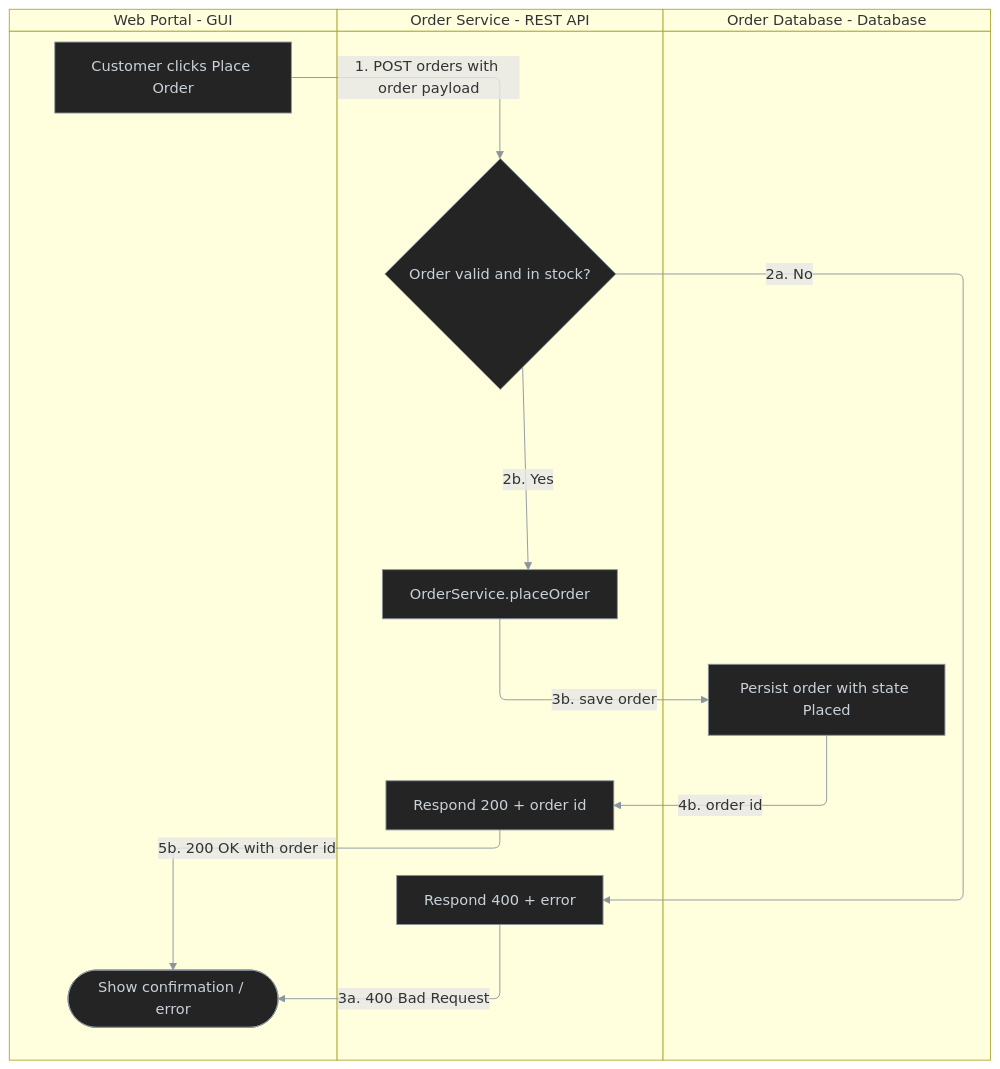
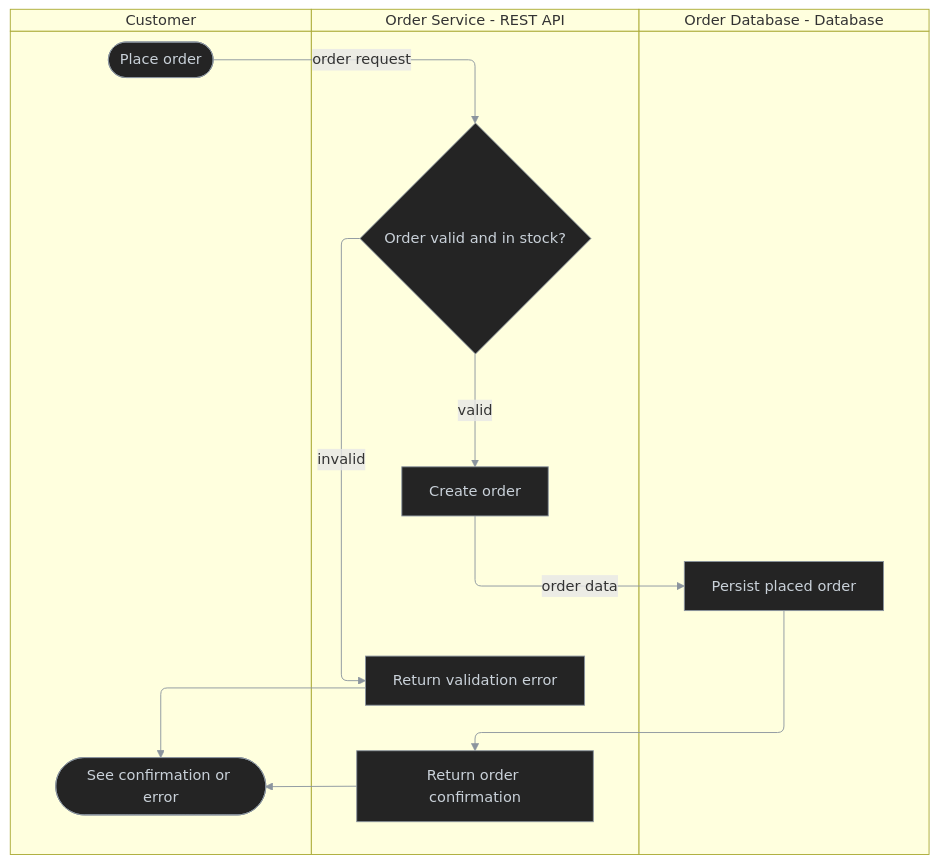
The third of 7 diagrams in plugins/wf/skills/behavior-diagram/README.md (antshc/brain), drawn with Mermaid before and after one commit. The commit also changed other lines of this file, not shown here.

Commit message:
Update swimlane examples for responsibility model

````diff
--- a/plugins/wf/skills/behavior-diagram/README.md
+++ b/plugins/wf/skills/behavior-diagram/README.md
@@ -61,29 +61,32 @@
 ```mermaid
 %%{init: {'themeVariables': {'lineColor': '#8b949e'}}}%%
 swimlane-beta TB
-  subgraph frontend [Web Portal - GUI]
-    submit[Customer clicks Place Order]
-    showResult([Show confirmation / error])
+  accTitle: Order fulfillment ownership
+  accDescr: Shows responsibility moving from the customer to the order API and order database.
+
+  subgraph customer [Customer]
+    submit([Place order])
+    showResult([See confirmation or error])
   end
 
   subgraph restApi [Order Service - REST API]
     validate{Order valid and in stock?}
-    placeOrder[OrderService.placeOrder]
-    respond200[Respond 200 + order id]
-    respond400[Respond 400 + error]
+    createOrder[Create order]
+    respondOk[Return order confirmation]
+    respondError[Return validation error]
   end
 
   subgraph database [Order Database - Database]
-    persistOrder[Persist order with state Placed]
+    persistOrder[Persist placed order]
   end
 
-  submit -->|1. POST orders with order payload| validate
-  validate -->|2a. No| respond400
-  validate -->|2b. Yes| placeOrder
-  respond400 -->|3a. 400 Bad Request| showResult
-  placeOrder -->|3b. save order| persistOrder
-  persistOrder -->|4b. order id| respond200
-  respond200 -->|5b. 200 OK with order id| showResult
+  submit -->|order request| validate
+  validate -->|invalid| respondError
+  validate -->|valid| createOrder
+  respondError --> showResult
+  createOrder -->|order data| persistOrder
+  persistOrder --> respondOk
+  respondOk --> showResult
 
   classDef default fill:#242424,stroke:#8b949e,color:#c9d1d9,stroke-width:1px
 ```
````
